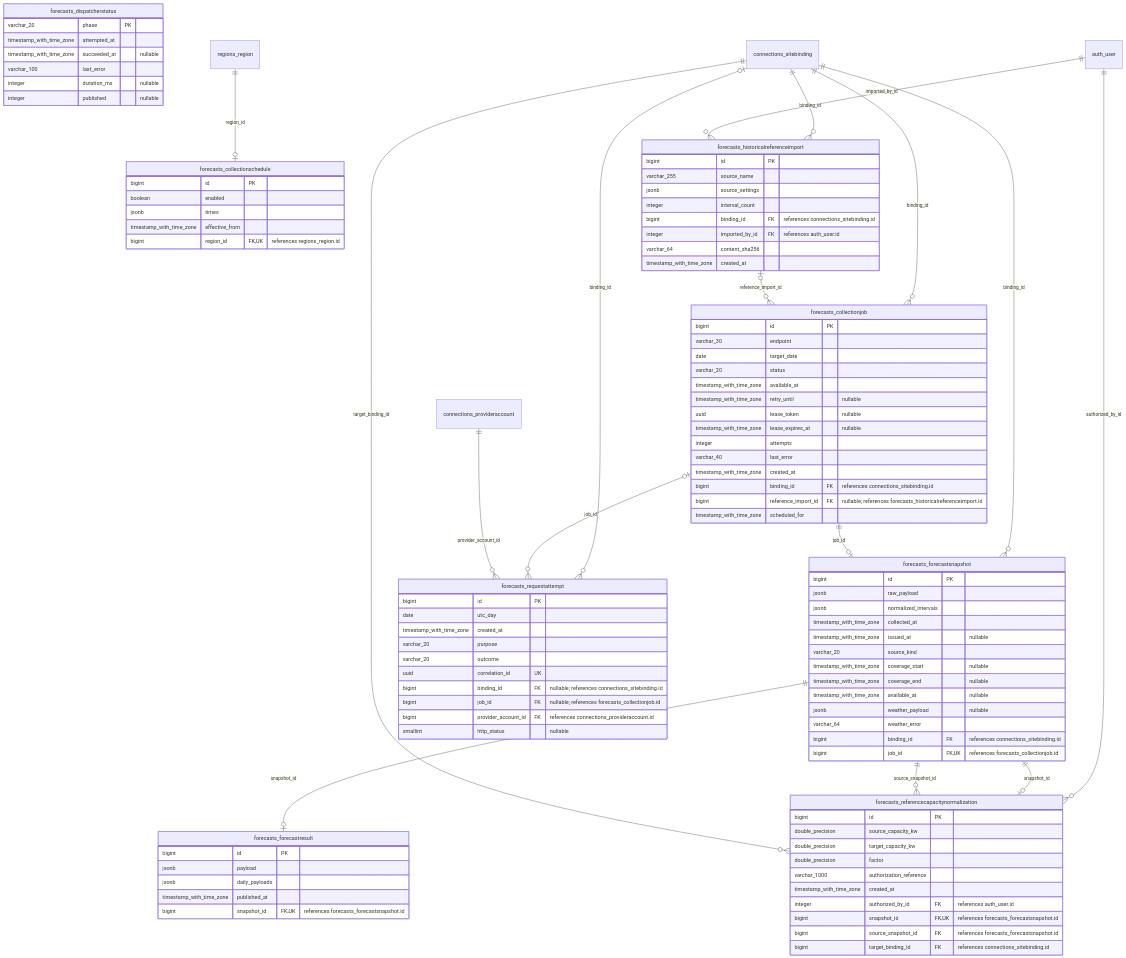
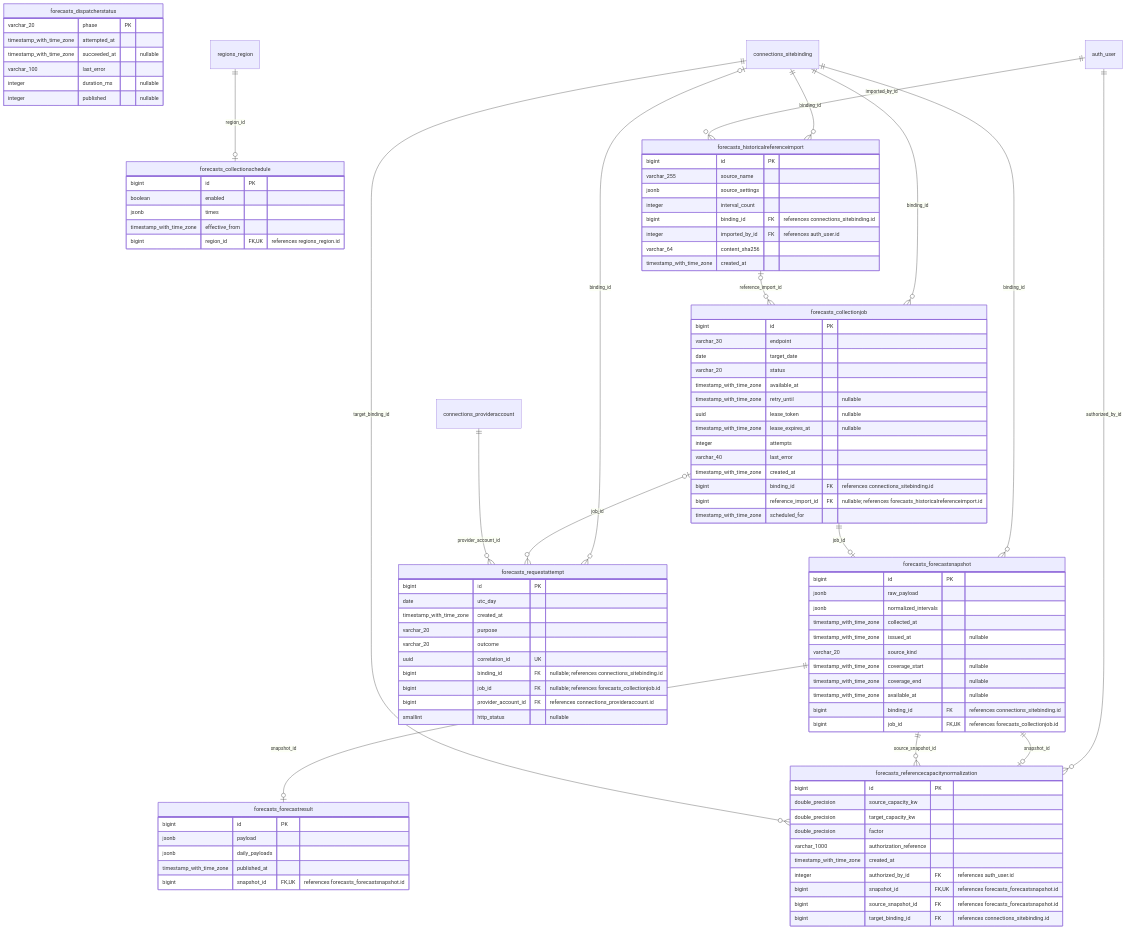
Before and after one commit to erkurtharun/pyracast: the fifth of 18 diagrams in docs/DATA_MODEL.md, drawn with Mermaid. The commit also changed other lines of this file and 136 other files, not shown here.

```diff
--- a/docs/DATA_MODEL.md
+++ b/docs/DATA_MODEL.md
@@ -520,8 +520,6 @@
         timestamp_with_time_zone coverage_start "nullable"
         timestamp_with_time_zone coverage_end "nullable"
         timestamp_with_time_zone available_at "nullable"
-        jsonb weather_payload "nullable"
-        varchar_64 weather_error
         bigint binding_id FK "references connections_sitebinding.id"
         bigint job_id FK, UK "references forecasts_collectionjob.id"
     }
```
